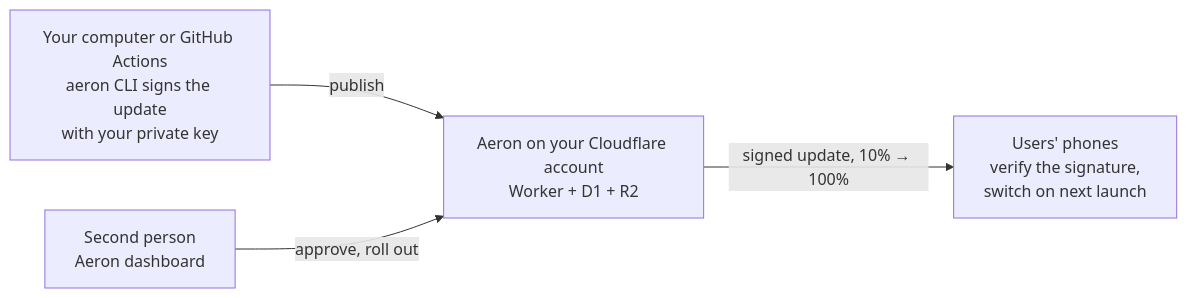
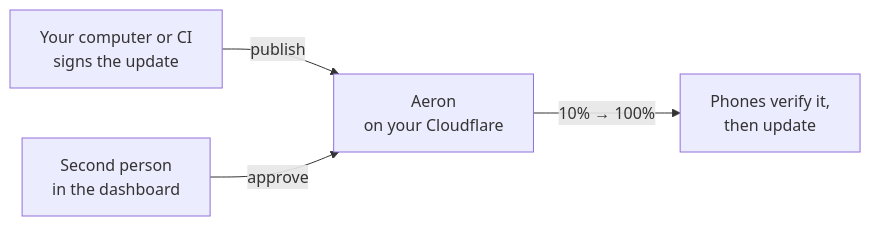
The diagram in README.md (cripttion/AeornOta), drawn with Mermaid before and after one commit.

Commit message:
README: simplify the how-it-works diagram

````diff
--- a/README.md
+++ b/README.md
@@ -16,6 +16,6 @@
 ```mermaid
 flowchart LR
-  dev["Your computer or GitHub Actions<br/>aeron CLI signs the update<br/>with your private key"] -->|publish| server["Aeron on your Cloudflare account<br/>Worker + D1 + R2"]
-  admin["Second person<br/>Aeron dashboard"] -->|approve, roll out| server
-  server -->|signed update, 10% → 100%| phones["Users' phones<br/>verify the signature,<br/>switch on next launch"]
+  dev["Your computer or CI<br/>signs the update"] -->|publish| server["Aeron<br/>on your Cloudflare"]
+  admin["Second person<br/>in the dashboard"] -->|approve| server
+  server -->|"10% → 100%"| phones["Phones verify it,<br/>then update"]
 ```
````
